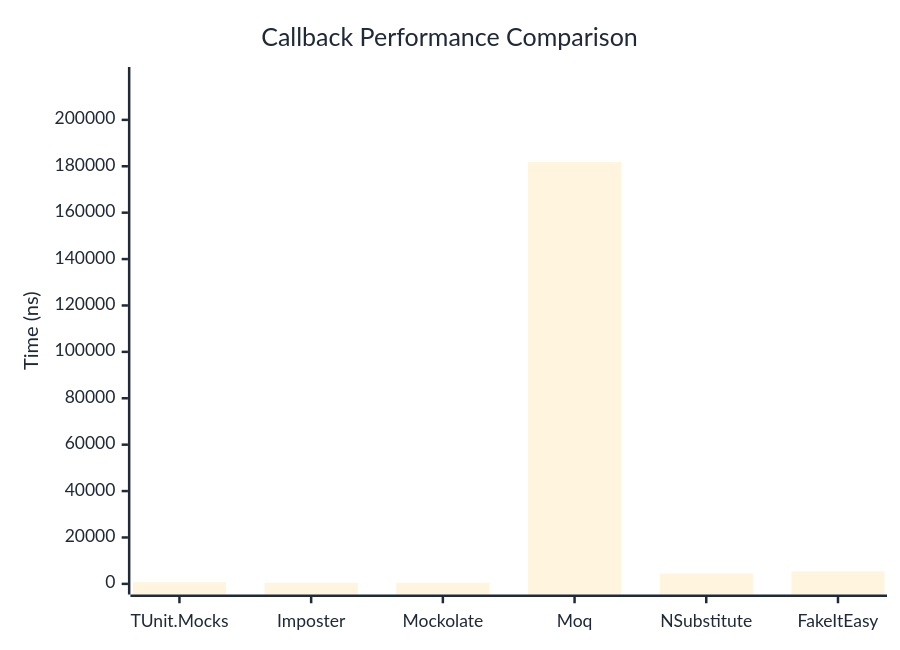
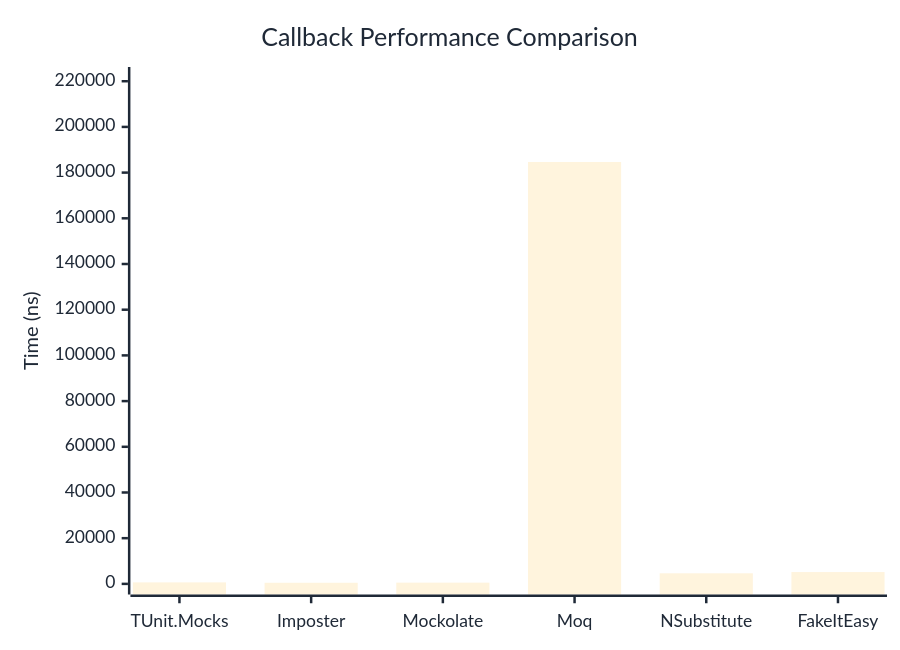
The first of 2 diagrams in docs/docs/benchmarks/mocks/Callback.md (thomhurst/TUnit), drawn with Mermaid before and after one commit. The commit also changed other lines of this file and 14 other files, not shown here.

````diff
--- a/docs/docs/benchmarks/mocks/Callback.md
+++ b/docs/docs/benchmarks/mocks/Callback.md
@@ -28,27 +28,27 @@
 ```mermaid
 %%{init: {
   'theme':'base',
   'themeVariables': {
     'primaryColor': '#2563eb',
     'primaryTextColor': '#1f2937',
     'primaryBorderColor': '#1e40af',
     'lineColor': '#6b7280',
     'secondaryColor': '#7c3aed',
     'tertiaryColor': '#dc2626',
     'background': '#ffffff',
     'pie1': '#2563eb',
     'pie2': '#7c3aed',
     'pie3': '#dc2626',
     'pie4': '#f59e0b',
     'pie5': '#10b981',
     'pie6': '#06b6d4',
     'pie7': '#ec4899',
     'pie8': '#6366f1'
   }
 }}%%
 xychart-beta
   title "Callback Performance Comparison"
   x-axis ["TUnit.Mocks", "Imposter", "Mockolate", "Moq", "NSubstitute", "FakeItEasy"]
-  y-axis "Time (ns)" 0 --> 218210
-  bar [682.9, 451.9, 508.8, 181841.2, 4471.9, 5343.1]
+  y-axis "Time (ns)" 0 --> 221573
+  bar [651.9, 483.2, 540, 184643.6, 4630, 5166.1]
 ```
````
